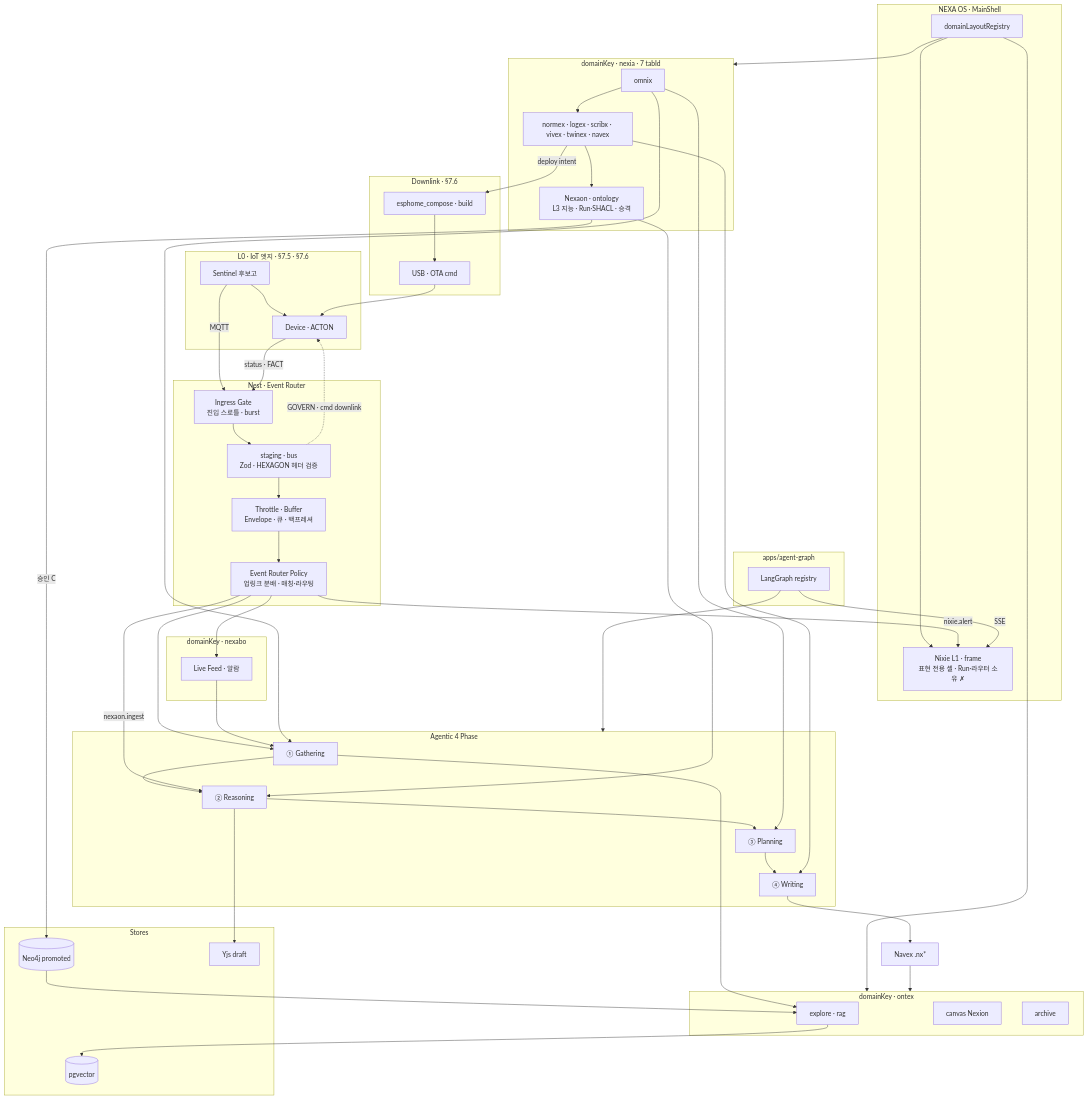
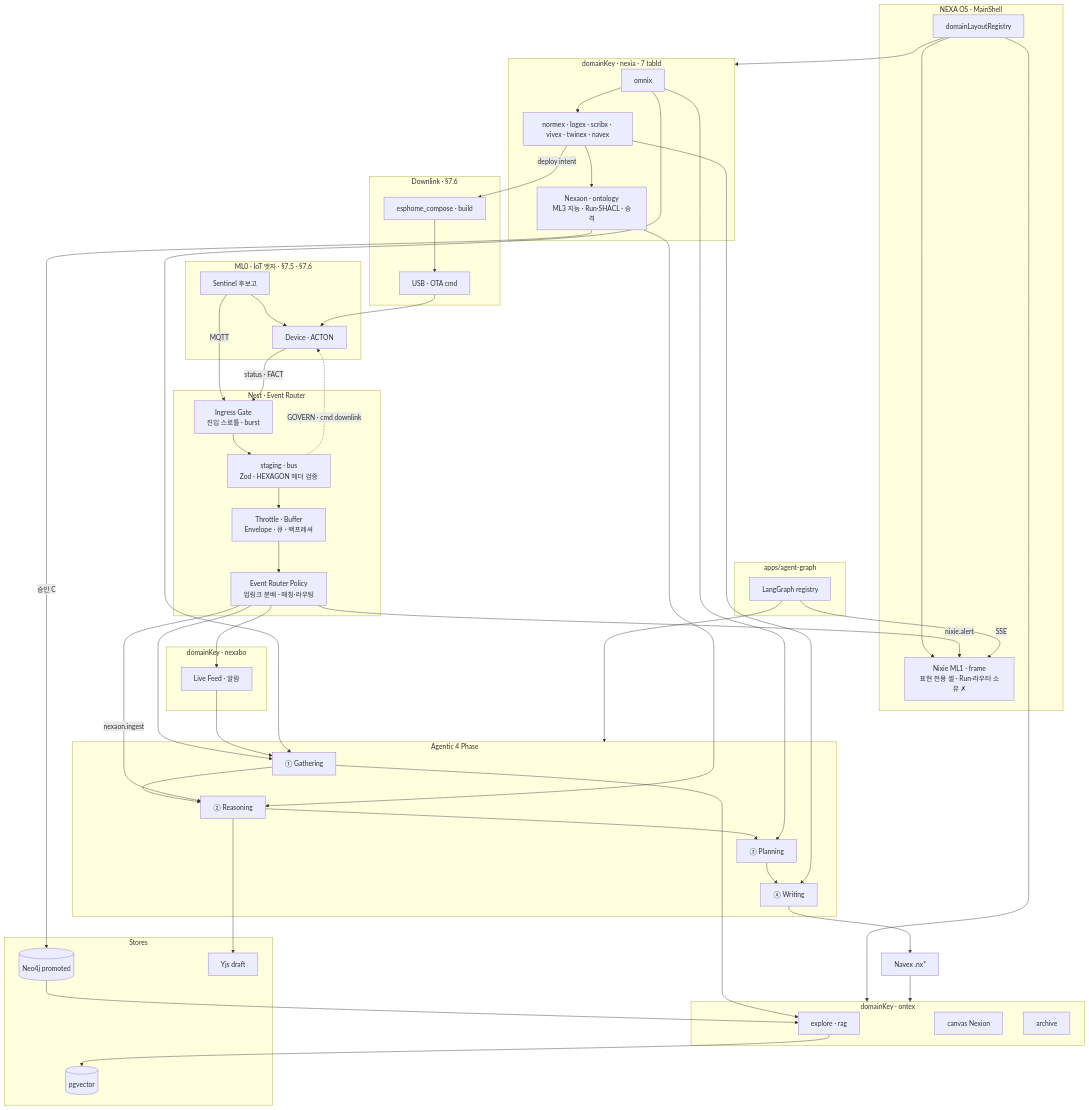
The fifth of 5 diagrams in NEXA V2.0/NEXA_V2.0/08_TDD/NEXIA/08_TDD_NEXIA_에이전틱AI파이프라인_7탭플랫폼연계_v1.0.md (U2SOUTION/NEXA), drawn with Mermaid before and after one commit. The commit also changed other lines of this file and 55 other files, not shown here.

```diff
--- a/NEXA V2.0/NEXA_V2.0/08_TDD/NEXIA/08_TDD_NEXIA_에이전틱AI파이프라인_7탭플랫폼연계_v1.0.md
+++ b/NEXA V2.0/NEXA_V2.0/08_TDD/NEXIA/08_TDD_NEXIA_에이전틱AI파이프라인_7탭플랫폼연계_v1.0.md
@@ -676,10 +676,10 @@
 flowchart TB
   subgraph shell [NEXA OS · MainShell]
     MS[domainLayoutRegistry]
-    NI["Nixie L1 · frame<br/>표현 전용 셸 · Run·라우터 소유 ✗"]
+    NI["Nixie ML1 · frame<br/>표현 전용 셸 · Run·라우터 소유 ✗"]
   end
 
-  subgraph edge [L0 · IoT 엣지 · §7.5 · §7.6]
+  subgraph edge [ML0 · IoT 엣지 · §7.5 · §7.6]
     CR[Sentinel 후보고]
     DEV[Device · ACTON]
     CR --> DEV
@@ -703,7 +703,7 @@
   subgraph nexia [domainKey · nexia · 7 tabId]
     OX[omnix]
     NX[normex · logex · scribx · vivex · twinex · navex]
-    NA["Nexaon · ontology<br/>L3 지능 · Run·SHACL · 승격"]
+    NA["Nexaon · ontology<br/>ML3 지능 · Run·SHACL · 승격"]
     OX --> NX
     NX --> NA
   end
```
